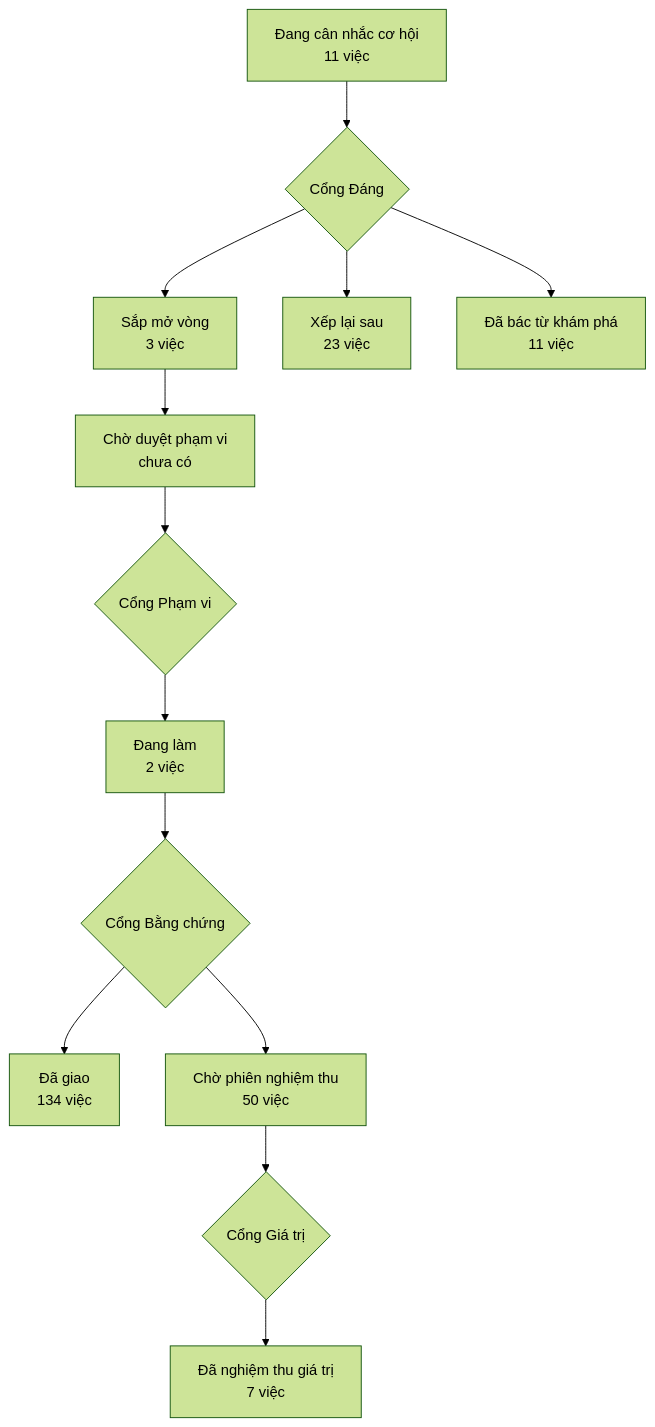
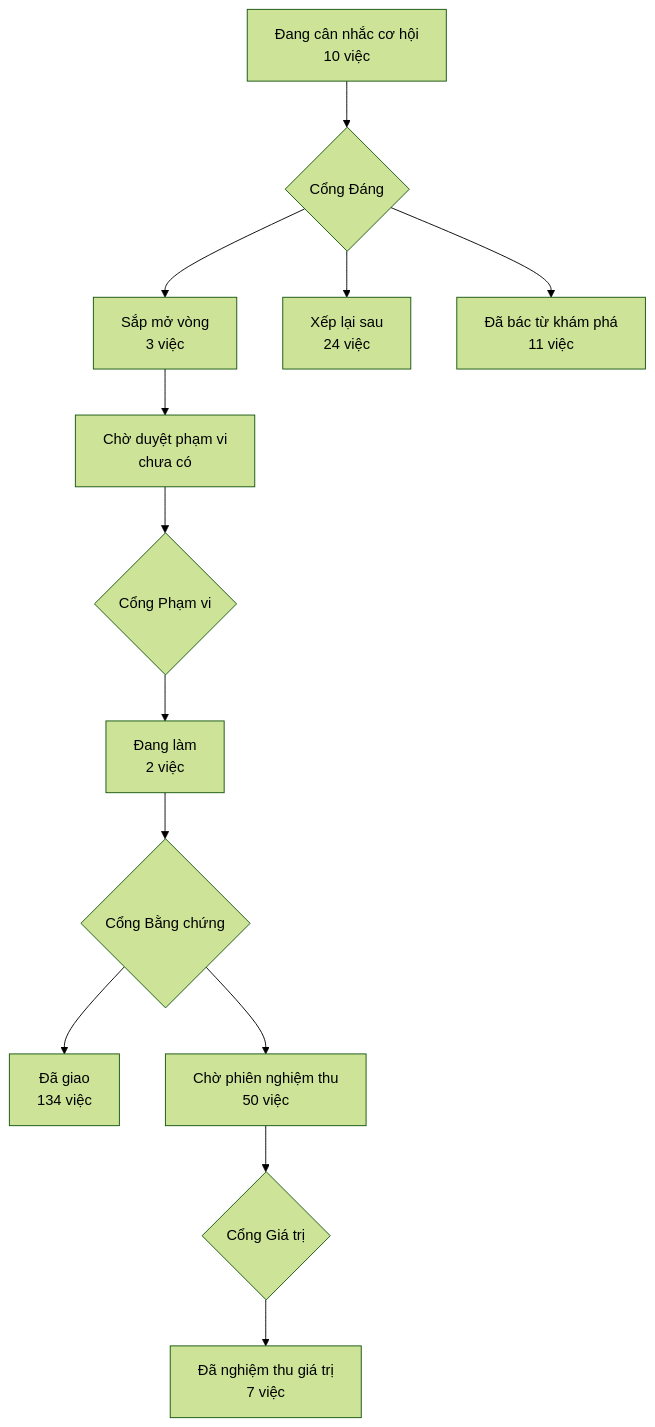
Before and after one commit to phanlemanh/acceptance-gate-kit: the diagram in PRODUCT-MAP.md, drawn with Mermaid (forest theme). The commit also changed 2 other files, not shown here.

Commit message:
cong-dang(thuoc-giao-dien-chay-thu-truoc-cham): Manh Phan quyết park — kit sửa được ≈ 5 lượt / 7 tuần, mở vòng tốn thêm 2 lượt gọi và suất meta của cửa sổ

````diff
--- a/PRODUCT-MAP.md
+++ b/PRODUCT-MAP.md
@@ -7,12 +7,12 @@
 ```mermaid
 flowchart TD
-  A["Đang cân nhắc cơ hội<br/>11 việc"] --> GD{"Cổng Đáng"}
+  A["Đang cân nhắc cơ hội<br/>10 việc"] --> GD{"Cổng Đáng"}
   GD --> B["Sắp mở vòng<br/>3 việc"]
-  GD --> XL["Xếp lại sau<br/>23 việc"]
+  GD --> XL["Xếp lại sau<br/>24 việc"]
   GD --> DB["Đã bác từ khám phá<br/>11 việc"]
   B --> CD["Chờ duyệt phạm vi<br/>chưa có"] --> GP{"Cổng Phạm vi"}
   GP --> DL["Đang làm<br/>2 việc"] --> GB{"Cổng Bằng chứng"}
   GB --> DG["Đã giao<br/>134 việc"]
   GB --> CN["Chờ phiên nghiệm thu<br/>50 việc"] --> GG{"Cổng Giá trị"}
   GG --> NT["Đã nghiệm thu giá trị<br/>7 việc"]
 ```
````
